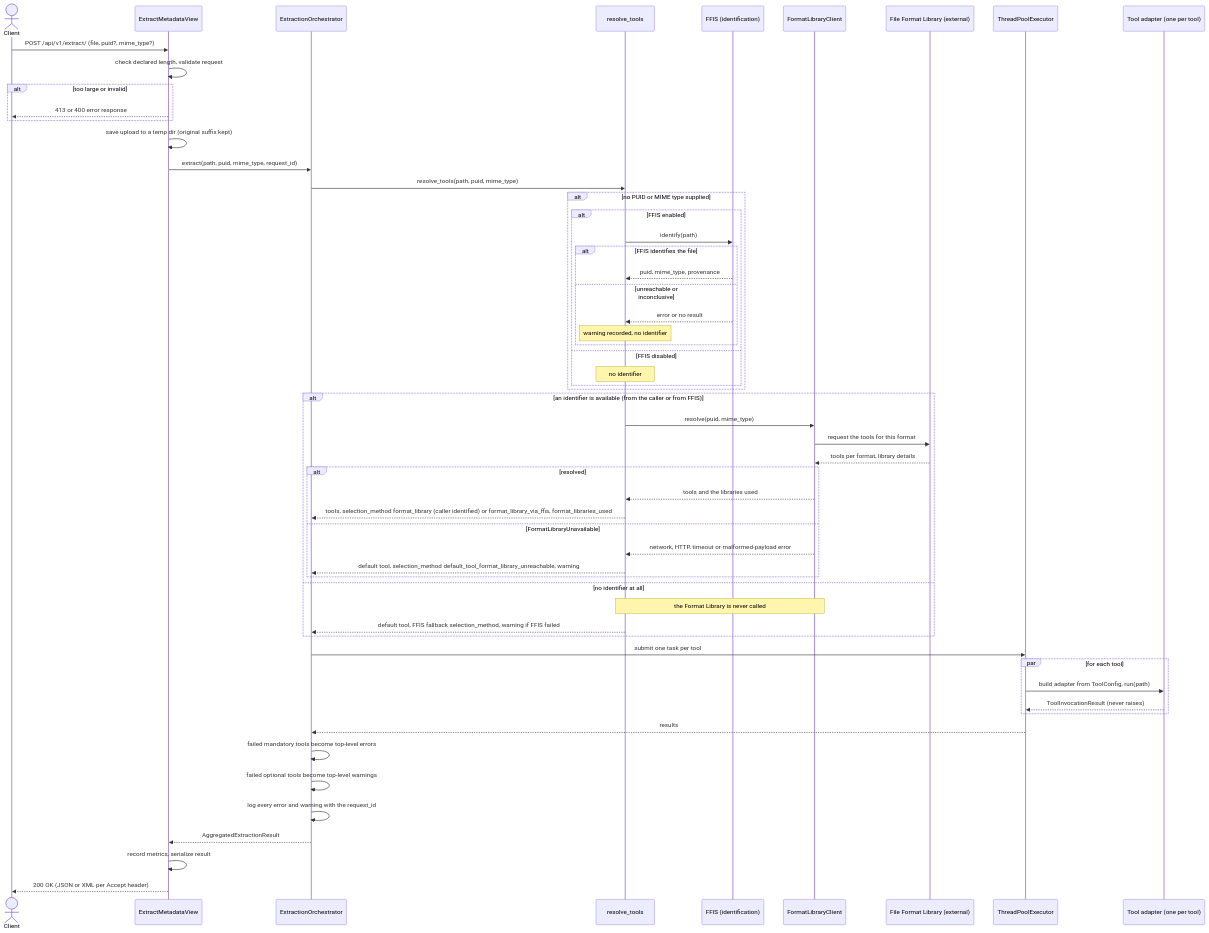
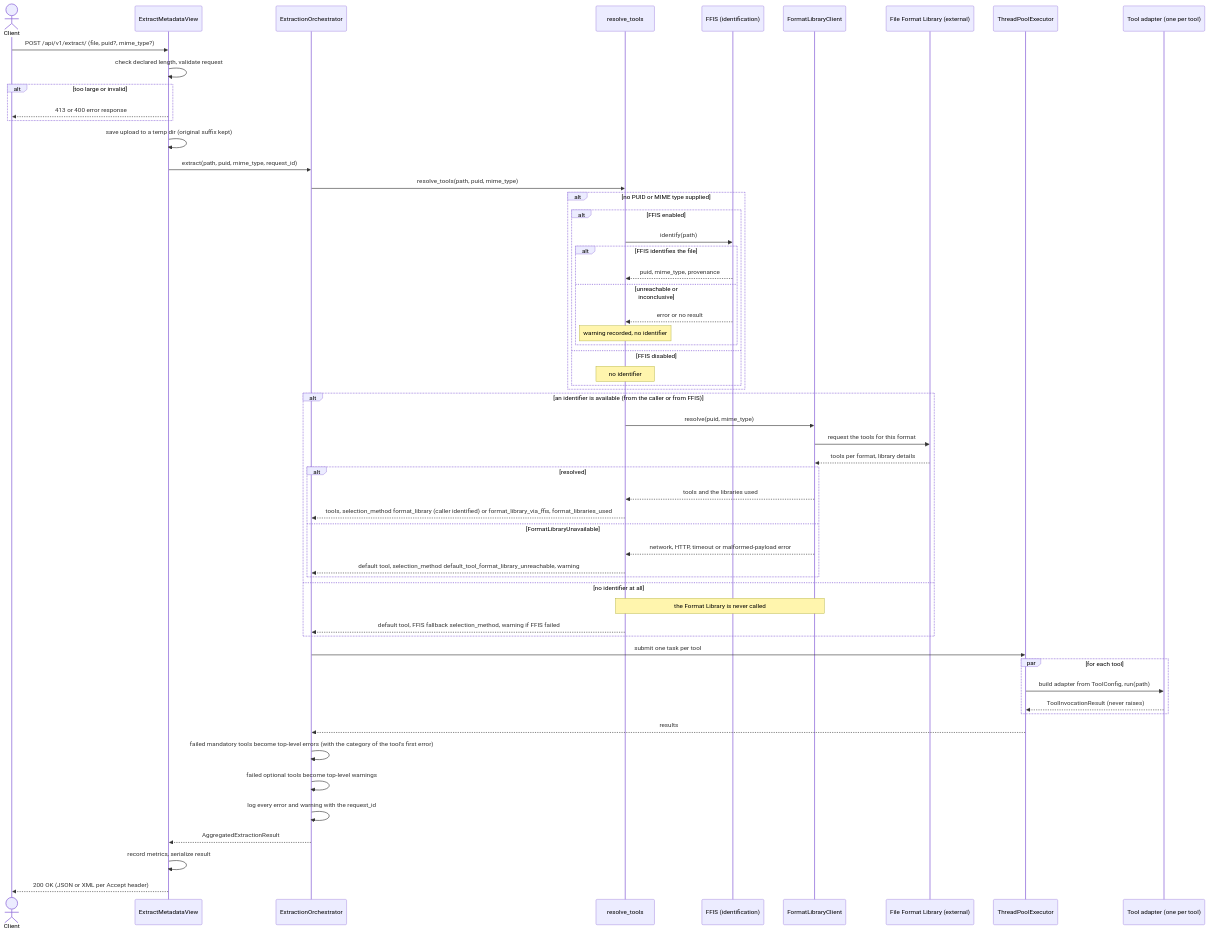
Before and after one commit to EOSC-EDEN/metadata-extraction-service: the first of 4 diagrams in docs/diagrams.md, drawn with Mermaid. The commit also changed other lines of this file and 28 other files, not shown here.

````diff
--- a/docs/diagrams.md
+++ b/docs/diagrams.md
@@ -36,61 +38,61 @@
 ```mermaid
 sequenceDiagram
     actor Client
     participant API as ExtractMetadataView
     participant Orch as ExtractionOrchestrator
     participant Res as resolve_tools
     participant FFIS as FFIS (identification)
     participant FL as FormatLibraryClient
     participant Lib as File Format Library (external)
     participant Pool as ThreadPoolExecutor
     participant Adapter as Tool adapter (one per tool)
 
     Client->>API: POST /api/v1/extract/ (file, puid?, mime_type?)
     API->>API: check declared length, validate request
     alt too large or invalid
         API-->>Client: 413 or 400 error response
     end
     API->>API: save upload to a temp dir (original suffix kept)
     API->>Orch: extract(path, puid, mime_type, request_id)
     Orch->>Res: resolve_tools(path, puid, mime_type)
     alt no PUID or MIME type supplied
         alt FFIS enabled
             Res->>FFIS: identify(path)
             alt FFIS identifies the file
                 FFIS-->>Res: puid, mime_type, provenance
             else unreachable or inconclusive
                 FFIS-->>Res: error or no result
                 note over Res: warning recorded, no identifier
             end
         else FFIS disabled
             note over Res: no identifier
         end
     end
     alt an identifier is available (from the caller or from FFIS)
         Res->>FL: resolve(puid, mime_type)
         FL->>Lib: request the tools for this format
         Lib-->>FL: tools per format, library details
         alt resolved
             FL-->>Res: tools and the libraries used
             Res-->>Orch: tools, selection_method format_library (caller identified) or format_library_via_ffis, format_libraries_used
         else FormatLibraryUnavailable
             FL-->>Res: network, HTTP, timeout or malformed-payload error
             Res-->>Orch: default tool, selection_method default_tool_format_library_unreachable, warning
         end
     else no identifier at all
         note over Res,FL: the Format Library is never called
         Res-->>Orch: default tool, FFIS fallback selection_method, warning if FFIS failed
     end
     Orch->>Pool: submit one task per tool
     par for each tool
         Pool->>Adapter: build adapter from ToolConfig, run(path)
         Adapter-->>Pool: ToolInvocationResult (never raises)
     end
     Pool-->>Orch: results
-    Orch->>Orch: failed mandatory tools become top-level errors
+    Orch->>Orch: failed mandatory tools become top-level errors (with the category of the tool's first error)
     Orch->>Orch: failed optional tools become top-level warnings
     Orch->>Orch: log every error and warning with the request_id
     Orch-->>API: AggregatedExtractionResult
     API->>API: record metrics, serialize result
     API-->>Client: 200 OK (JSON or XML per Accept header)
 ```
````
